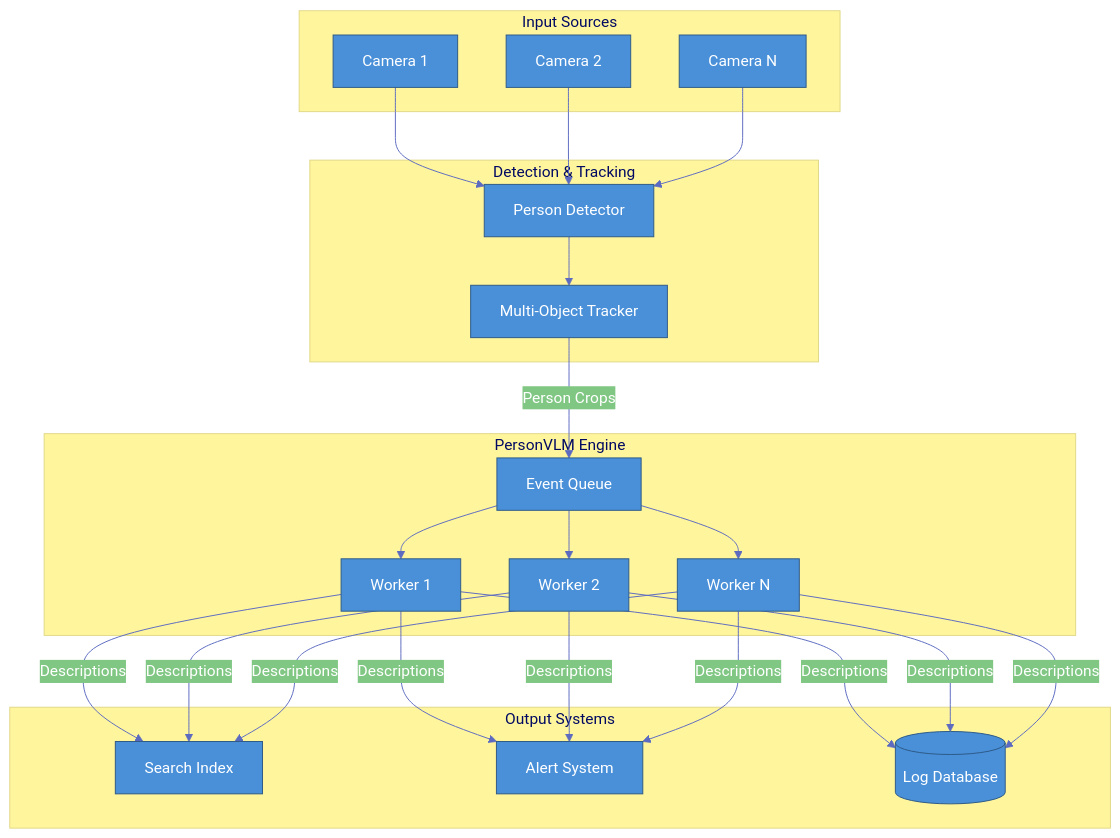
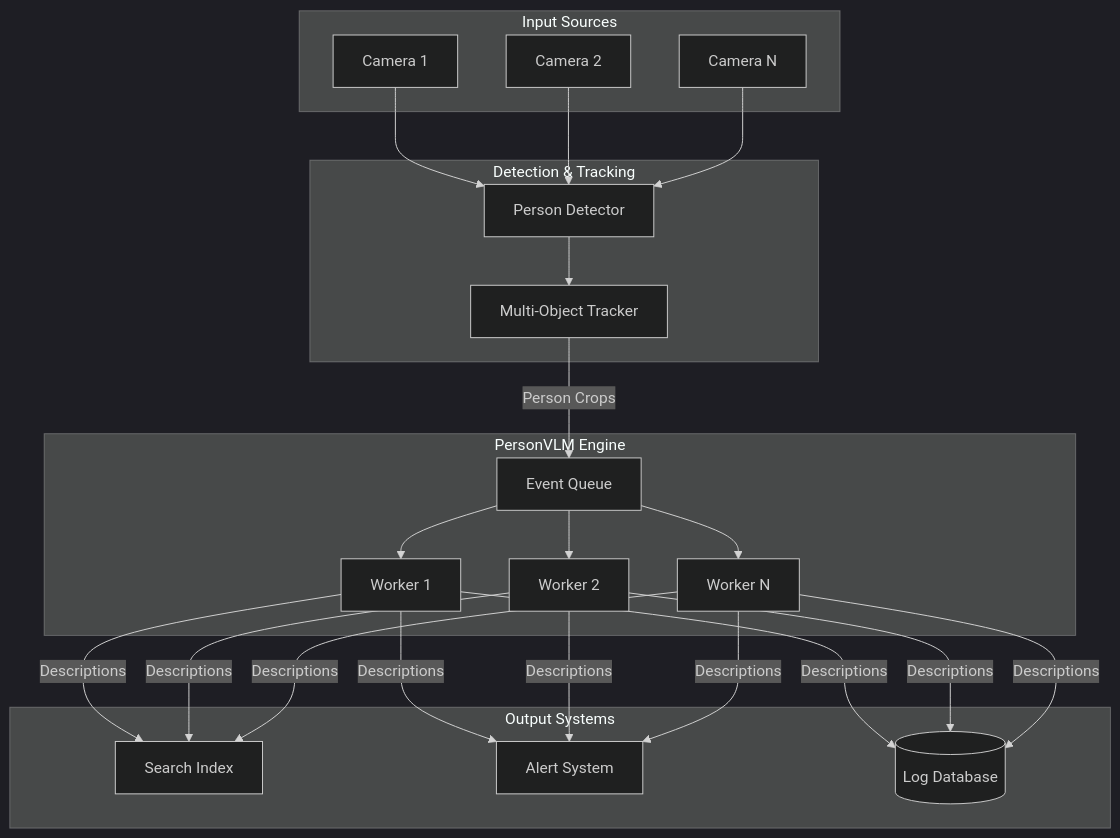
Before and after one commit to rishi02102017/Metafusion-Task: the first of 11 diagrams in README.md, drawn with Mermaid. The commit also changed other lines of this file, not shown here.

Commit message:
Fix diagrams - use dark theme instead of ugly yellow base theme

````diff
--- a/README.md
+++ b/README.md
@@ -106,33 +106,33 @@
 ```mermaid
-%%{init: {'theme': 'base', 'themeVariables': { 'primaryColor': '#4a90d9', 'primaryTextColor': '#fff', 'primaryBorderColor': '#2d5986', 'lineColor': '#5c6bc0', 'secondaryColor': '#81c784', 'tertiaryColor': '#fff59d'}}}%%
+%%{init: {'theme': 'dark'}}%%
 flowchart TB
     subgraph Input["Input Sources"]
         C1[Camera 1]
         C2[Camera 2]
         CN[Camera N]
     end
 
     subgraph Detection["Detection & Tracking"]
         D1[Person Detector]
         T1[Multi-Object Tracker]
     end
 
     subgraph VLM["PersonVLM Engine"]
         Q[Event Queue]
         W1[Worker 1]
         W2[Worker 2]
         WN[Worker N]
     end
 
     subgraph Output["Output Systems"]
         SI[Search Index]
         AS[Alert System]
         DB[(Log Database)]
     end
 
     C1 & C2 & CN --> D1
     D1 --> T1
     T1 -->|Person Crops| Q
     Q --> W1 & W2 & WN
     W1 & W2 & WN -->|Descriptions| SI & AS & DB
 ```
````
